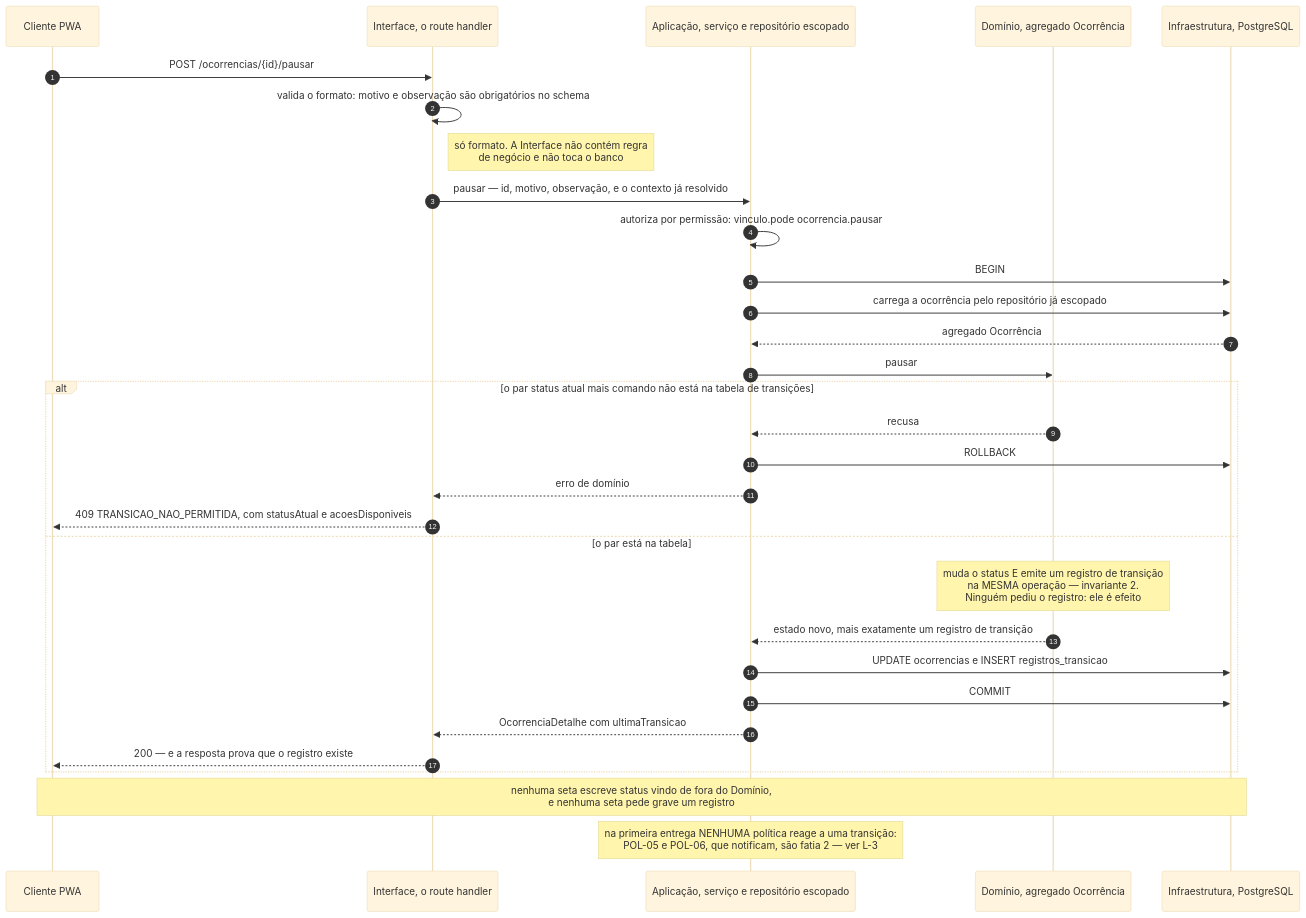
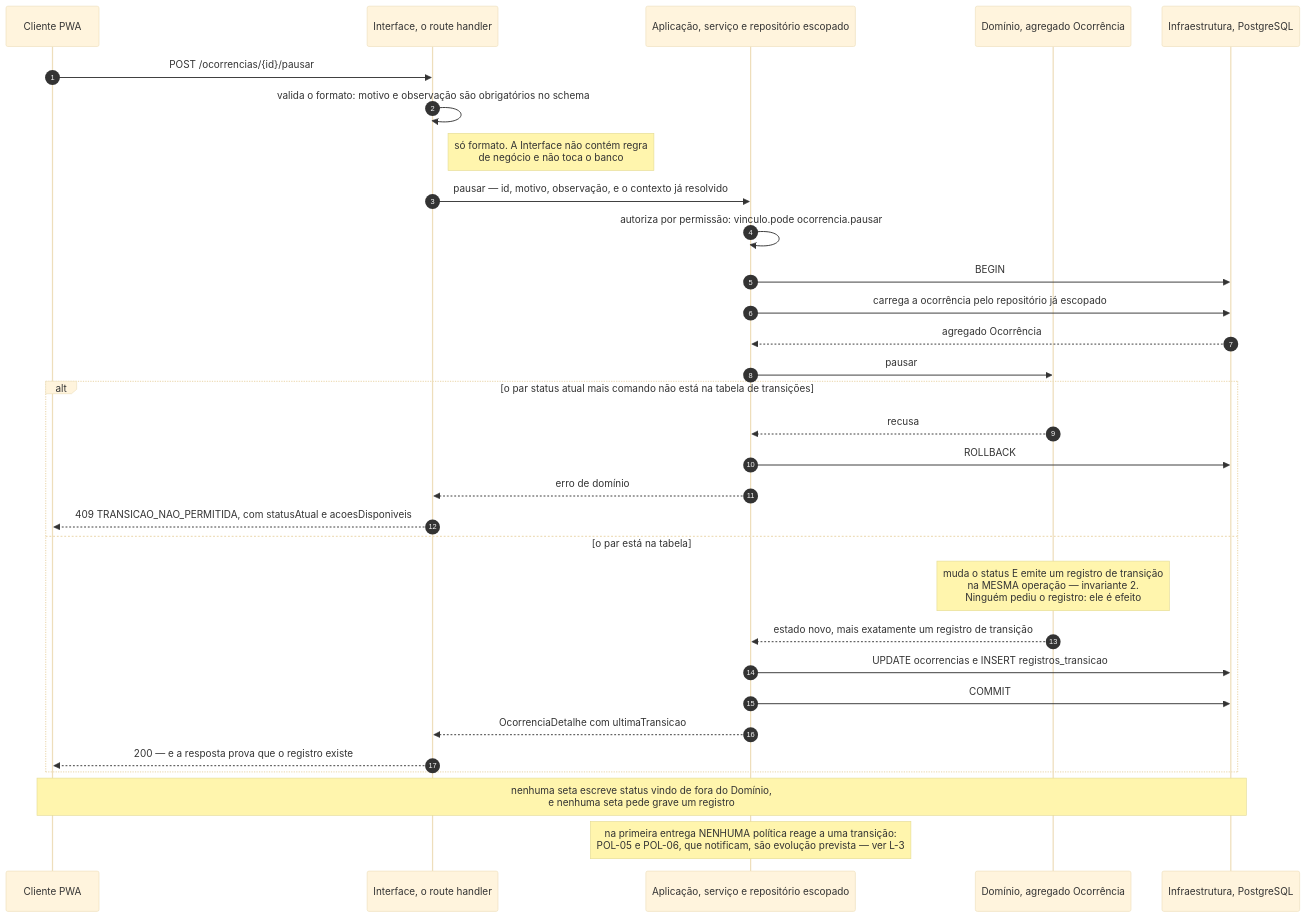
The first of 4 diagrams in docs/fluxos-e-diagramas.md (natanjunior/8FSDT-Hackathon), drawn with Mermaid (base theme) before and after one commit. The commit also changed other lines of this file and 7 other files, not shown here.

````diff
--- a/docs/fluxos-e-diagramas.md
+++ b/docs/fluxos-e-diagramas.md
@@ -147,36 +147,36 @@
 ```mermaid
 sequenceDiagram
     autonumber
     participant CLI as Cliente PWA
     participant INT as Interface, o route handler
     participant APP as Aplicação, serviço e repositório escopado
     participant DOM as Domínio, agregado Ocorrência
     participant BD as Infraestrutura, PostgreSQL
 
     CLI->>INT: POST /ocorrencias/{id}/pausar
     INT->>INT: valida o formato: motivo e observação são obrigatórios no schema
     Note right of INT: só formato. A Interface não contém regra<br/>de negócio e não toca o banco
     INT->>APP: pausar — id, motivo, observação, e o contexto já resolvido
     APP->>APP: autoriza por permissão: vinculo.pode ocorrencia.pausar
     APP->>BD: BEGIN
     APP->>BD: carrega a ocorrência pelo repositório já escopado
     BD-->>APP: agregado Ocorrência
     APP->>DOM: pausar
 
     alt o par status atual mais comando não está na tabela de transições
         DOM-->>APP: recusa
         APP->>BD: ROLLBACK
         APP-->>INT: erro de domínio
         INT-->>CLI: 409 TRANSICAO_NAO_PERMITIDA, com statusAtual e acoesDisponiveis
     else o par está na tabela
         Note over DOM: muda o status E emite um registro de transição<br/>na MESMA operação — invariante 2.<br/>Ninguém pediu o registro: ele é efeito
         DOM-->>APP: estado novo, mais exatamente um registro de transição
         APP->>BD: UPDATE ocorrencias e INSERT registros_transicao
         APP->>BD: COMMIT
         APP-->>INT: OcorrenciaDetalhe com ultimaTransicao
         INT-->>CLI: 200 — e a resposta prova que o registro existe
     end
 
     Note over CLI,BD: nenhuma seta escreve status vindo de fora do Domínio,<br/>e nenhuma seta pede grave um registro
-    Note over APP: na primeira entrega NENHUMA política reage a uma transição:<br/>POL-05 e POL-06, que notificam, são fatia 2 — ver L-3
+    Note over APP: na primeira entrega NENHUMA política reage a uma transição:<br/>POL-05 e POL-06, que notificam, são evolução prevista — ver L-3
 ```
````
